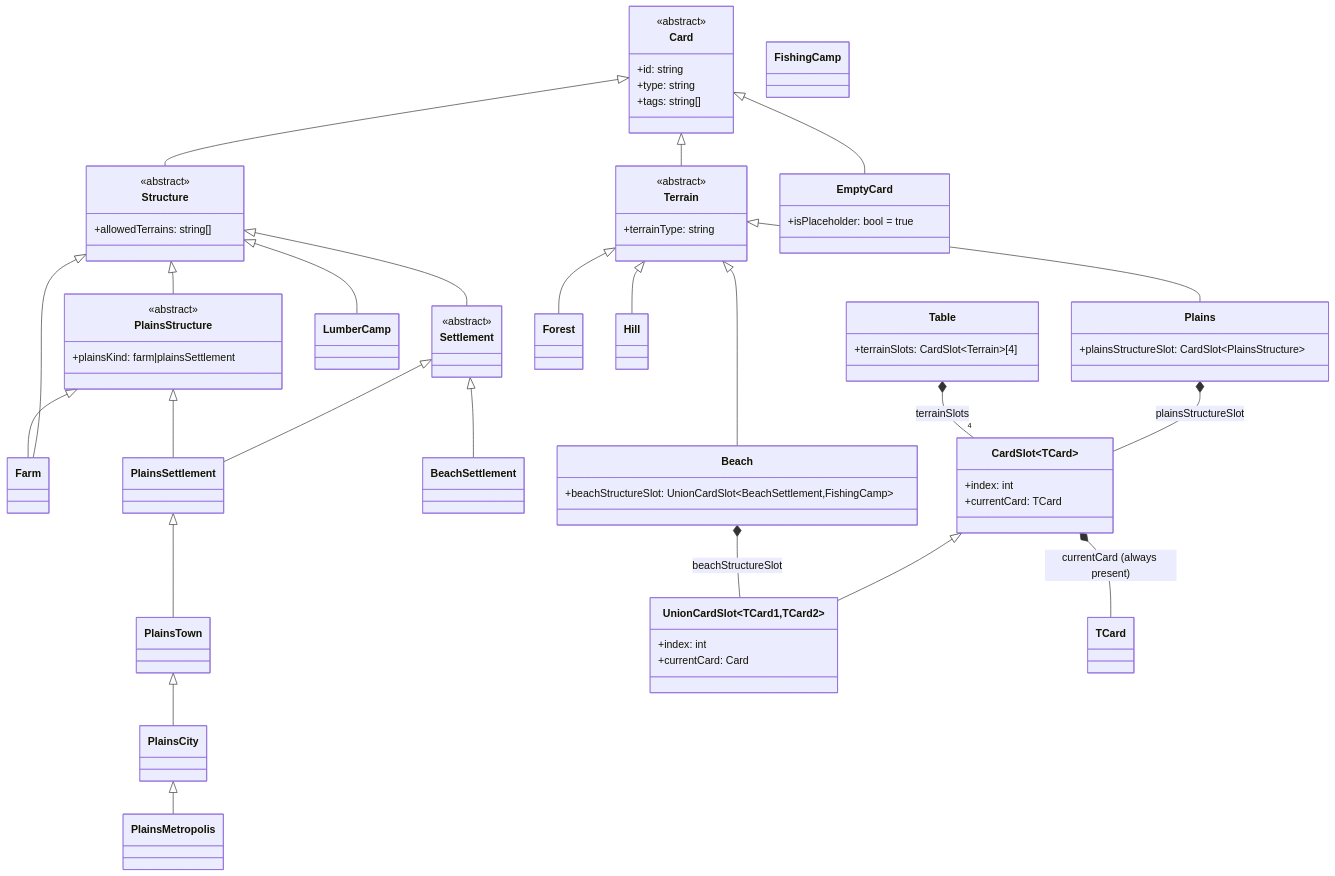
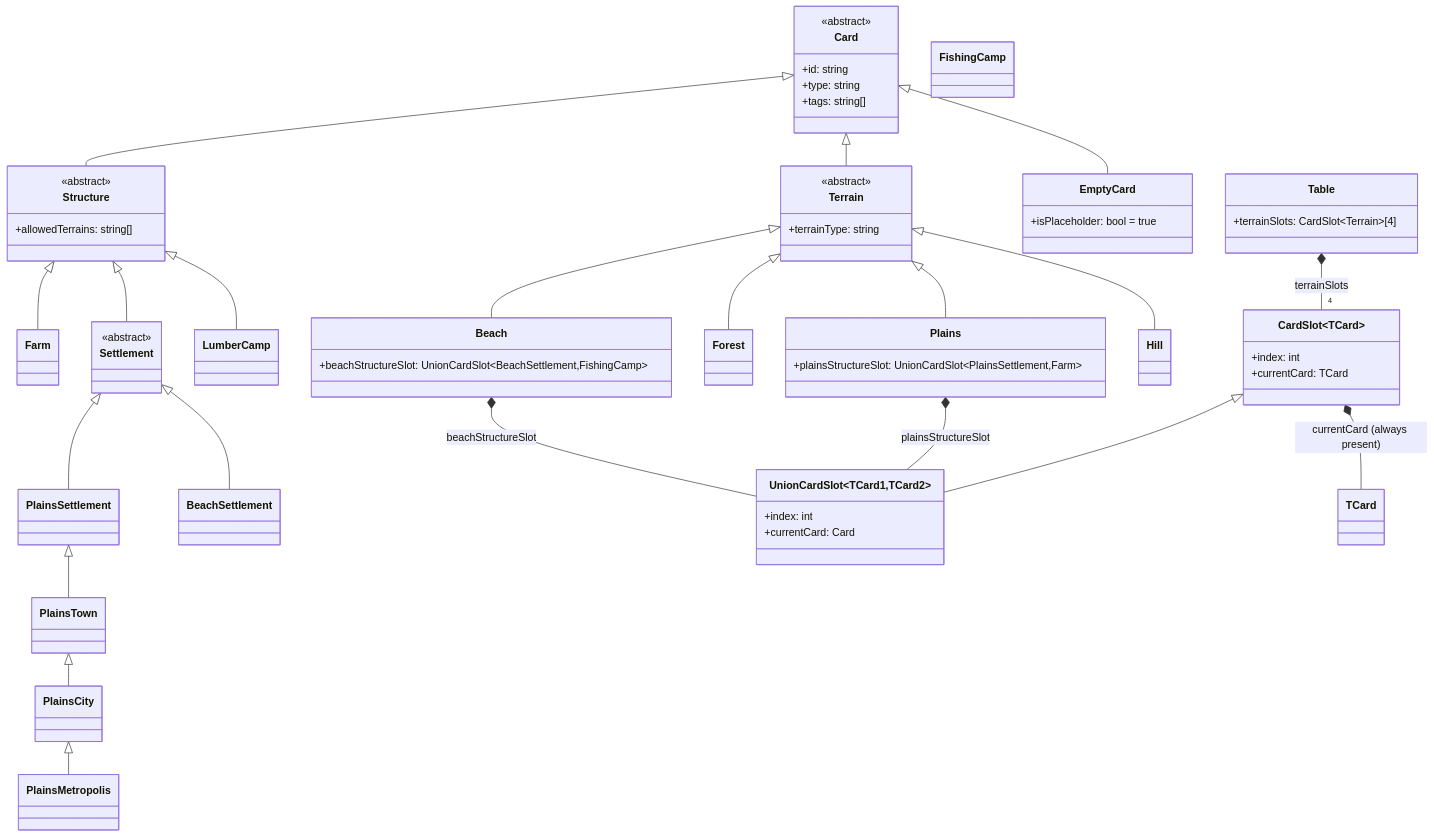
Before and after one commit to AJosephsen/gfxer: the first of 3 diagrams in StrategyGame/data-structure.md, drawn with Mermaid. The commit also changed other lines of this file, not shown here.

Commit message:
docs: use union card slot for plains farm or settlement

````diff
--- a/StrategyGame/data-structure.md
+++ b/StrategyGame/data-structure.md
@@ -33,11 +33,6 @@
         +allowedTerrains: string[]
     }
 
-    class PlainsStructure {
-        <<abstract>>
-        +plainsKind: farm|plainsSettlement
-    }
-
     class Farm
     class Settlement {
         <<abstract>>
@@ -51,7 +46,7 @@
     class FishingCamp
 
     class Plains {
-        +plainsStructureSlot: CardSlot~PlainsStructure~
+        +plainsStructureSlot: UnionCardSlot~PlainsSettlement,Farm~
     }
     class Forest
     class Beach {
@@ -80,12 +75,9 @@
     Card <|-- EmptyCard
     Card <|-- Terrain
     Card <|-- Structure
-    Structure <|-- PlainsStructure
     Structure <|-- Farm
     Structure <|-- Settlement
-    PlainsStructure <|-- Farm
     Settlement <|-- PlainsSettlement
-    PlainsStructure <|-- PlainsSettlement
     PlainsSettlement <|-- PlainsTown
     PlainsTown <|-- PlainsCity
     PlainsCity <|-- PlainsMetropolis
@@ -97,7 +89,7 @@
     Terrain <|-- Hill
     CardSlot~TCard~ *-- TCard : currentCard (always present)
     CardSlot~TCard~ <|-- UnionCardSlot~TCard1,TCard2~
-    Plains *-- CardSlot~PlainsStructure~ : plainsStructureSlot
+    Plains *-- UnionCardSlot~PlainsSettlement,Farm~ : plainsStructureSlot
     Beach *-- UnionCardSlot~BeachSettlement,FishingCamp~ : beachStructureSlot
     Table *-- "4" CardSlot~Terrain~ : terrainSlots
 ```
````
